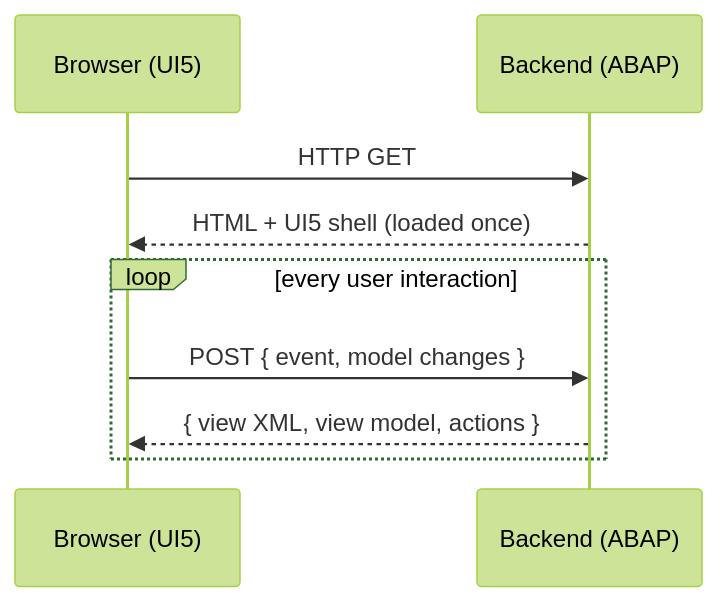
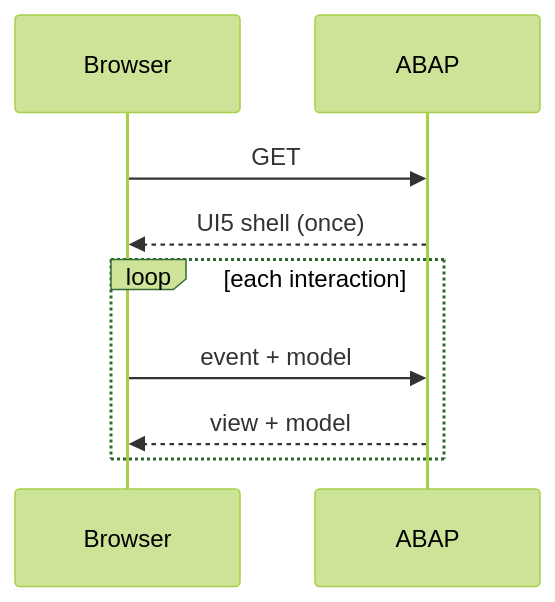
Before and after one commit to abap2UI5/abap2UI5: the diagram in README.md, drawn with Mermaid (forest theme). The commit also changed other lines of this file, not shown here.

````diff
--- a/README.md
+++ b/README.md
@@ -73,11 +58,12 @@
 ```mermaid
+%%{init: {"sequence": {"useMaxWidth": false}}}%%
 sequenceDiagram
-    participant Browser as Browser (UI5)
-    participant ABAP as Backend (ABAP)
-    Browser->>ABAP: HTTP GET
-    ABAP-->>Browser: HTML + UI5 shell (loaded once)
-    loop every user interaction
-        Browser->>ABAP: POST { event, model changes }
-        ABAP-->>Browser: { view XML, view model, actions }
+    participant Browser
+    participant ABAP
+    Browser->>ABAP: GET
+    ABAP-->>Browser: UI5 shell (once)
+    loop each interaction
+        Browser->>ABAP: event + model
+        ABAP-->>Browser: view + model
     end
 ```
````
